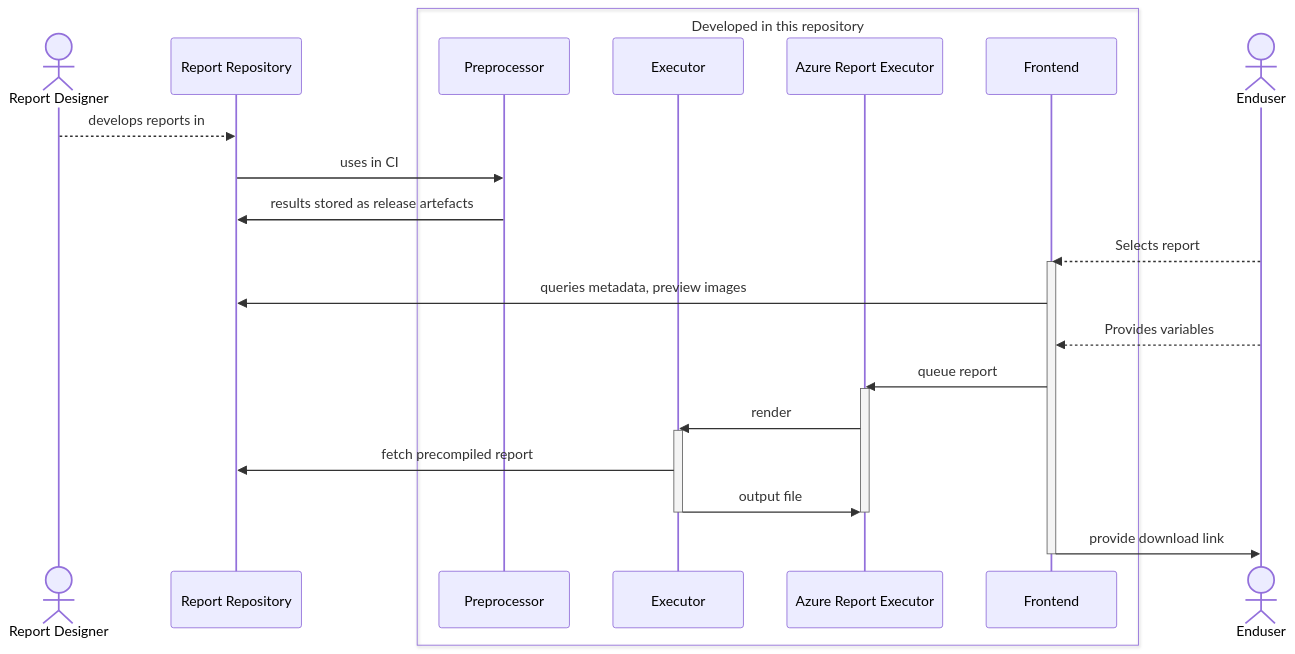
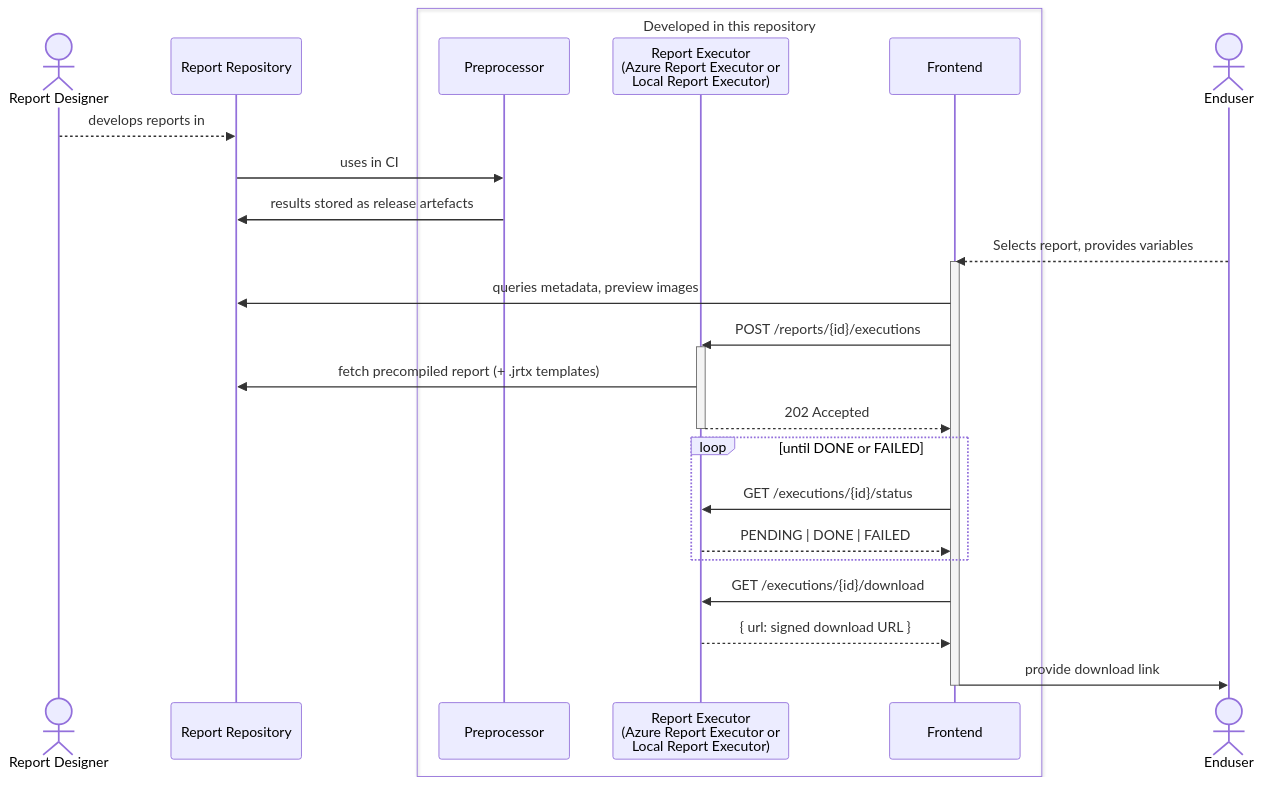
One commit to pfadfinden/report-engine changed the diagram in README.md. Above: the diagram before and after it, drawn with Mermaid. The commit also changed other lines of this file, not shown here.

Commit message:
docs: document the async trigger/status/download execution architecture
Updates the module descriptions and sequence diagram to reflect
Executor as a shared library, Azure Report Executor and Local Report
Executor as interchangeable implementations of one HTTP API, and notes
the JasperReports 7 upgrade's .jrxml/.jrtx compatibility break (content
in mv_reports hasn't been converted yet, so a release must wait).

````diff
--- a/README.md
+++ b/README.md
@@ -8,37 +9,40 @@
 ```mermaid
 sequenceDiagram
     actor D as Report Designer
     participant Repo as Report Repository
 
     box Developed in this repository
         participant Preprocessor
-        participant Executor
-        participant AzR as Azure Report Executor
+        participant Exec as Report Executor<br/>(Azure Report Executor or<br/>Local Report Executor)
         participant Frontend
     end
 
     actor U as Enduser
 
     D-->>Repo: develops reports in
     Repo->>Preprocessor: uses in CI
 
     Preprocessor->>Repo: results stored as release artefacts
 
-    U-->>Frontend: Selects report
+    U-->>Frontend: Selects report, provides variables
     activate Frontend
     Frontend->>Repo: queries metadata, preview images
-    U-->>Frontend: Provides variables
-    Frontend->>AzR: queue report
-    activate AzR
-    AzR->>Executor: render
-    activate Executor
-    Executor->>Repo: fetch precompiled report
-    Executor->>AzR: output file
-    deactivate Executor
-    deactivate AzR
+
+    Frontend->>Exec: POST /reports/{id}/executions
+    activate Exec
+    Exec->>Repo: fetch precompiled report (+ .jrtx templates)
+    Exec-->>Frontend: 202 Accepted
+    deactivate Exec
+
+    loop until DONE or FAILED
+        Frontend->>Exec: GET /executions/{id}/status
+        Exec-->>Frontend: PENDING | DONE | FAILED
+    end
+
+    Frontend->>Exec: GET /executions/{id}/download
+    Exec-->>Frontend: { url: signed download URL }
+
     Frontend->>U: provide download link
     deactivate Frontend
 
-
-
 ``` 
````
